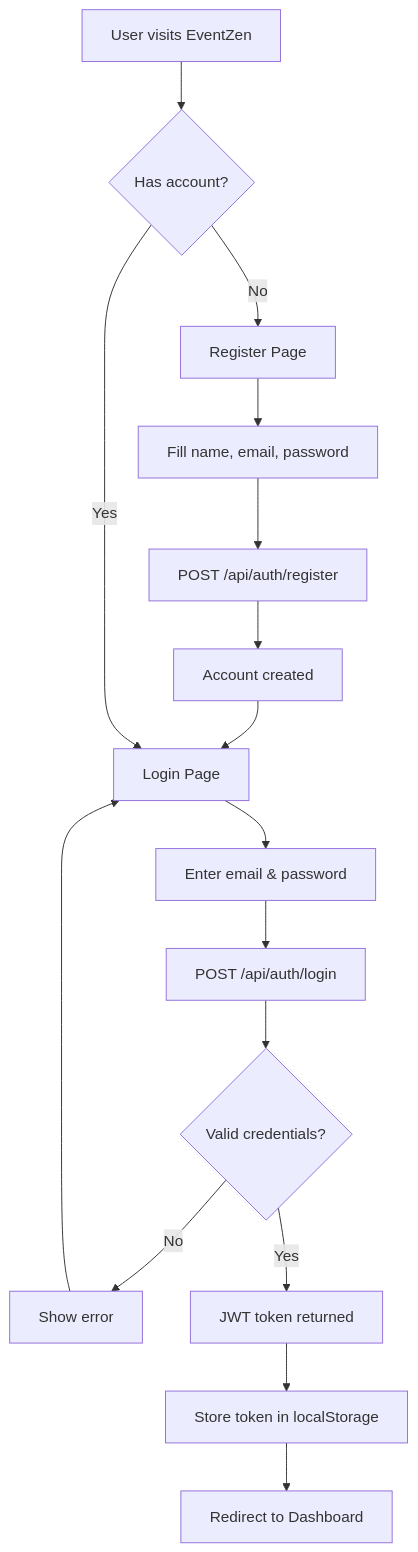
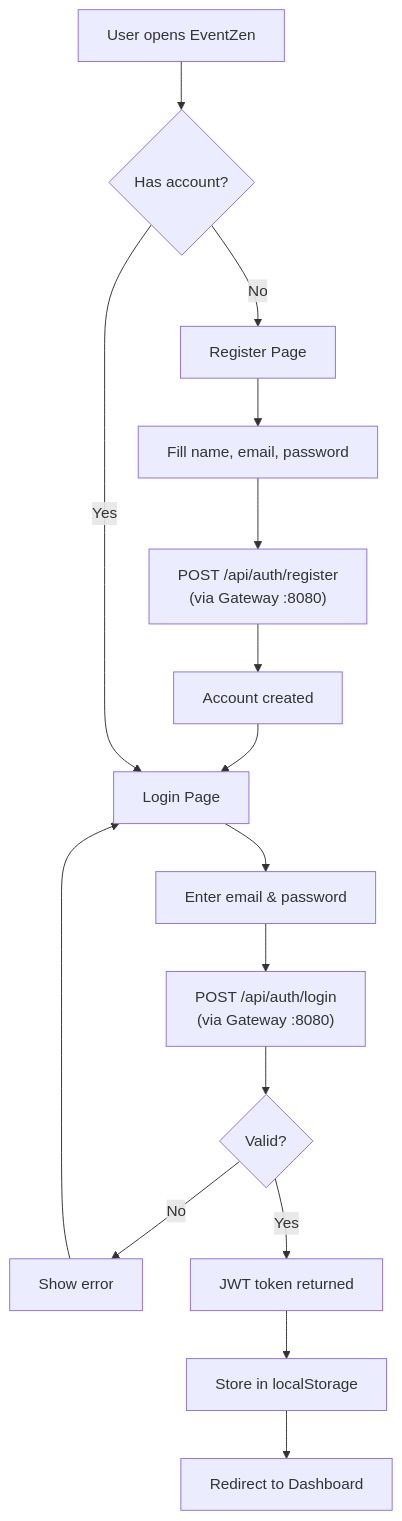
The first of 5 diagrams in docs/UserFlow.md (aiyan-shamshad/EventZen), drawn with Mermaid before and after one commit. The commit also changed other lines of this file and 5 other files, not shown here.

Commit message:
Phase 1: Project setup with database init, ER diagram, and docs

````diff
--- a/docs/UserFlow.md
+++ b/docs/UserFlow.md
@@ -11,18 +10,18 @@
 ```mermaid
 flowchart TD
-    A[User visits EventZen] --> B{Has account?}
+    A[User opens EventZen] --> B{Has account?}
     B -->|No| C[Register Page]
     C --> D[Fill name, email, password]
-    D --> E[POST /api/auth/register]
+    D --> E["POST /api/auth/register<br/>(via Gateway :8080)"]
     E --> F[Account created]
     F --> G[Redirect to Login]
     B -->|Yes| G[Login Page]
     G --> H[Enter email & password]
-    H --> I[POST /api/auth/login]
-    I --> J{Valid credentials?}
+    H --> I["POST /api/auth/login<br/>(via Gateway :8080)"]
+    I --> J{Valid?}
     J -->|No| K[Show error]
     K --> G
     J -->|Yes| L[JWT token returned]
-    L --> M[Store token in localStorage]
+    L --> M[Store in localStorage]
     M --> N[Redirect to Dashboard]
 ```
````
